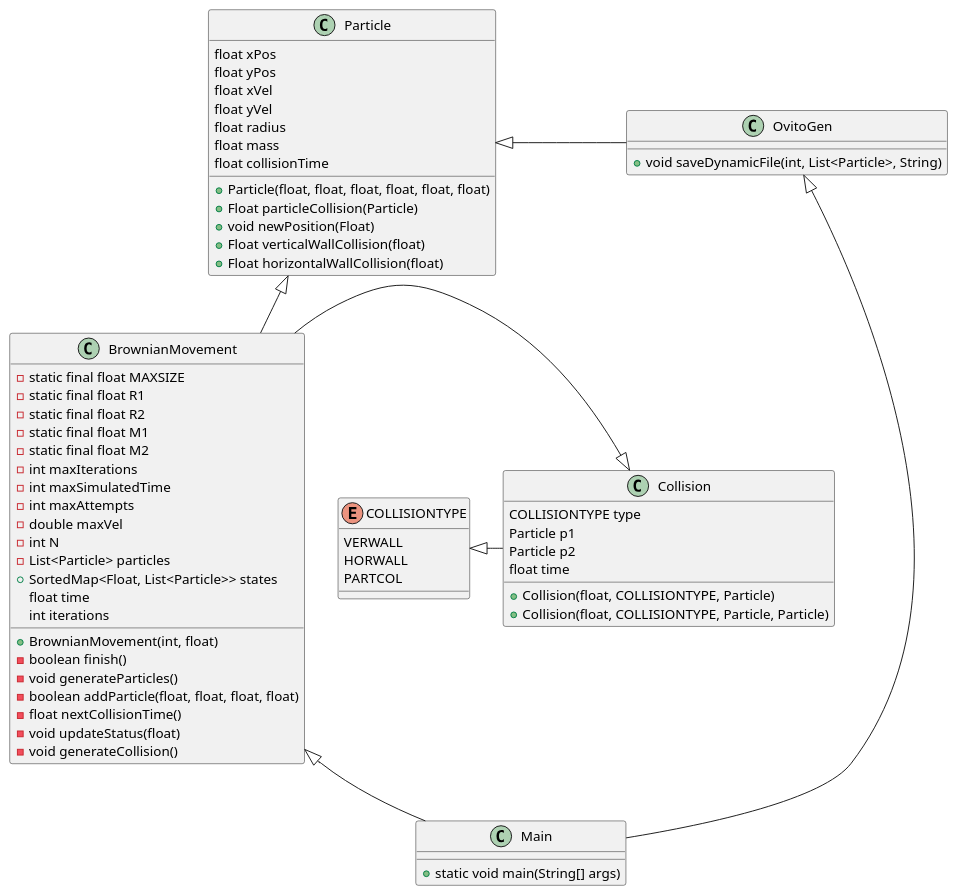
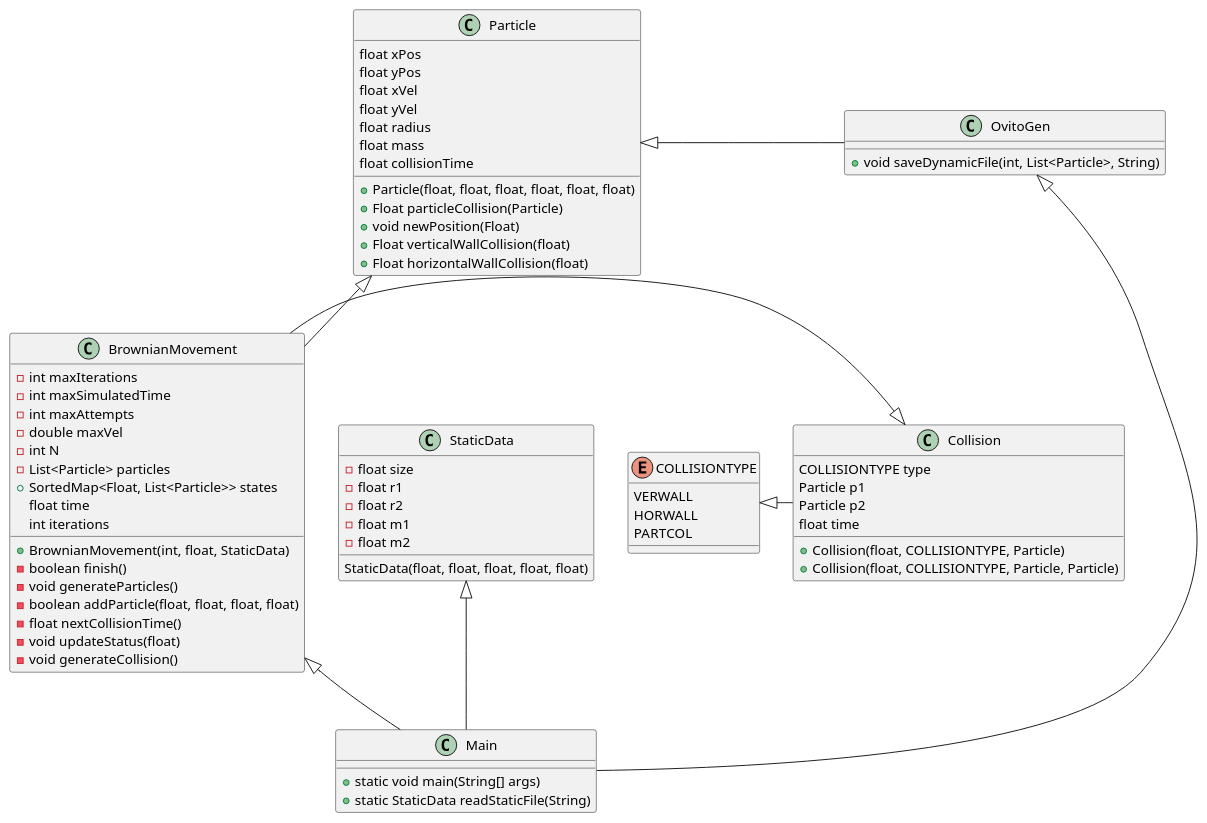
The diagram in tp3/src/main/java/UML.puml (santiagoburgos/SS), drawn with PlantUML before and after one commit. The commit also changed 4 other files, not shown here.

```diff
--- a/tp3/src/main/java/UML.puml
+++ b/tp3/src/main/java/UML.puml
@@ -1,77 +1,84 @@
 @startuml
 'https://plantuml.com/class-diagram
 
 Particle <|-- BrownianMovement
 Particle <|- OvitoGen
 OvitoGen <|-- Main
 BrownianMovement <|-- Main
+StaticData <|-- Main
 Collision <|- BrownianMovement
 COLLISIONTYPE <|- Collision
 
 enum COLLISIONTYPE {
 VERWALL
 HORWALL
 PARTCOL
 }
 
 class Main {
     + static void main(String[] args)
+    + static StaticData readStaticFile(String)
+}
+
+class StaticData {
+    - float size
+    - float r1
+    - float r2
+    - float m1
+    - float m2
+
+    StaticData(float, float, float, float, float)
 }
 
 class OvitoGen{
     + void saveDynamicFile(int, List<Particle>, String)
 }
 
 class Particle{
     float xPos
     float yPos
     float xVel
     float yVel
     float radius
     float mass
     float collisionTime
 
     + Particle(float, float, float, float, float, float)
     + Float particleCollision(Particle)
     + void newPosition(Float)
     + Float verticalWallCollision(float)
     + Float horizontalWallCollision(float)
 }
 
 class BrownianMovement {
-    - static final float MAXSIZE
-    - static final float R1
-    - static final float R2
-    - static final float M1
-    - static final float M2
     - int maxIterations
     - int maxSimulatedTime
     - int maxAttempts
     - double maxVel
     - int N
     - List<Particle> particles
     + SortedMap<Float, List<Particle>> states
     float time
     int iterations
 
-    + BrownianMovement(int, float)
+    + BrownianMovement(int, float, StaticData)
     - boolean finish()
     - void generateParticles()
     - boolean addParticle(float, float, float, float)
     - float nextCollisionTime()
     - void updateStatus(float)
     - void generateCollision()
 
 }
 
 class Collision {
     COLLISIONTYPE type
     Particle p1
     Particle p2
     float time
     + Collision(float, COLLISIONTYPE, Particle)
     + Collision(float, COLLISIONTYPE, Particle, Particle)
 }
 
 
 @enduml
```
